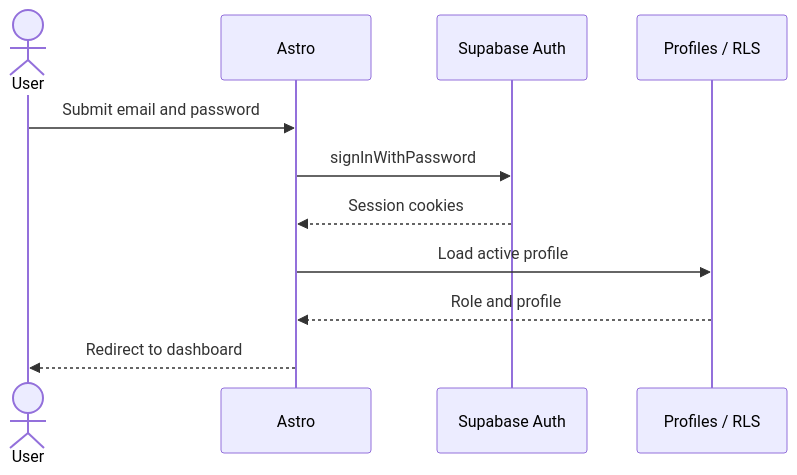
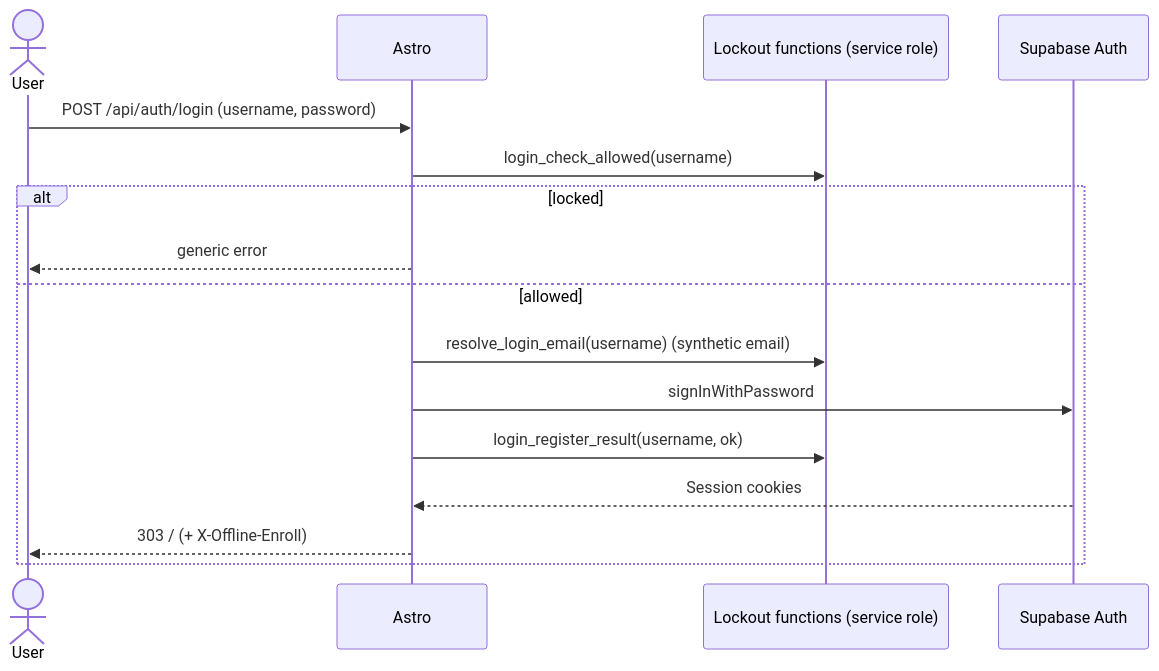
Before and after one commit to iamroymadelva/reporte-produccion: the second of 7 diagrams in docs/ARCHITECTURE.md, drawn with Mermaid. The commit also changed other lines of this file and 19 other files, not shown here.

Commit message:
Remove email recovery, invitation and legacy offline store

````diff
--- a/docs/ARCHITECTURE.md
+++ b/docs/ARCHITECTURE.md
@@ -38,13 +49,18 @@
 ```mermaid
 sequenceDiagram
     actor User
     participant Astro
+    participant DB as Lockout functions (service role)
     participant Auth as Supabase Auth
-    participant DB as Profiles / RLS
-    User->>Astro: Submit email and password
-    Astro->>Auth: signInWithPassword
-    Auth-->>Astro: Session cookies
-    Astro->>DB: Load active profile
-    DB-->>Astro: Role and profile
-    Astro-->>User: Redirect to dashboard
+    User->>Astro: POST /api/auth/login (username, password)
+    Astro->>DB: login_check_allowed(username)
+    alt locked
+        Astro-->>User: generic error
+    else allowed
+        Astro->>DB: resolve_login_email(username) (synthetic email)
+        Astro->>Auth: signInWithPassword
+        Astro->>DB: login_register_result(username, ok)
+        Auth-->>Astro: Session cookies
+        Astro-->>User: 303 / (+ X-Offline-Enroll)
+    end
 ```
````
